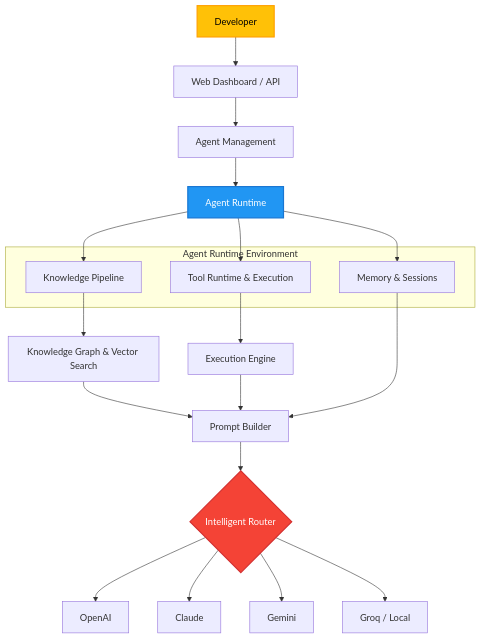
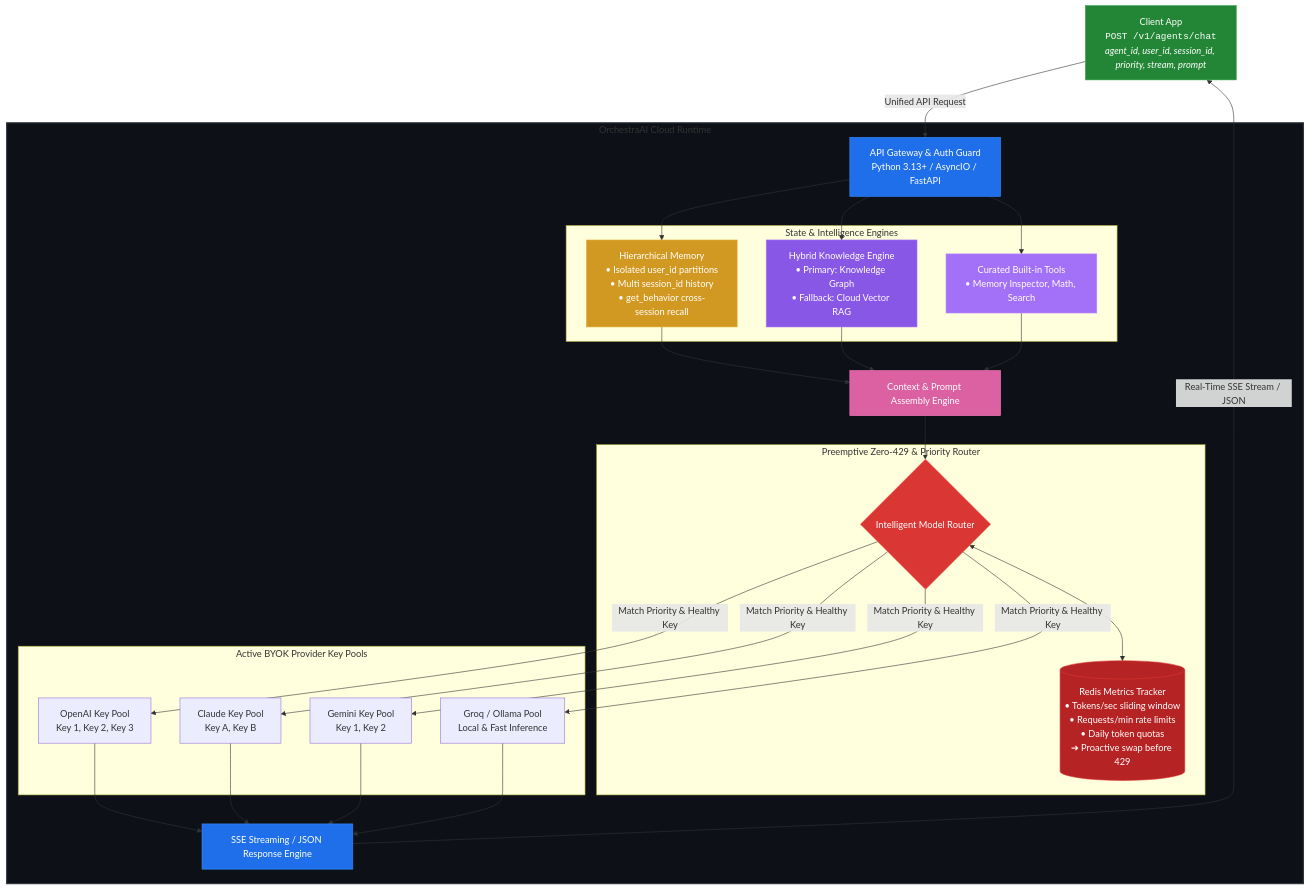
The second of 2 diagrams in README.md (DevOrchestraa/OrchestraAI-Backend), drawn with Mermaid before and after one commit. The commit also changed other lines of this file, not shown here.

Commit message:
project README to define OrchestraAI as a cloud-native Backend-as-a-Service (BaaS) architectural concept (updated)

````diff
--- a/README.md
+++ b/README.md
@@ -67,33 +84,65 @@
 ```mermaid
-graph TD
-    Dev[Developer] --> UI[Web Dashboard / API]
-    UI --> AM[Agent Management]
-    AM --> AR[Agent Runtime]
+flowchart TD
+    Client[Client App<br/><code>POST /v1/agents/chat</code><br/><i>agent_id, user_id, session_id, priority, stream, prompt</i>]
     
-    subgraph Agent Runtime Environment
-        Mem[Memory & Sessions]
-        Know[Knowledge Pipeline]
-        Tool[Tool Runtime & Execution]
+    subgraph Runtime [OrchestraAI Cloud Runtime]
+        GW[API Gateway & Auth Guard<br/>Python 3.13+ / AsyncIO / FastAPI]
+        
+        subgraph StateLayer [State & Intelligence Engines]
+            Mem[Hierarchical Memory<br/>• Isolated user_id partitions<br/>• Multi session_id history<br/>• get_behavior cross-session recall]
+            Know[Hybrid Knowledge Engine<br/>• Primary: Knowledge Graph<br/>• Fallback: Cloud Vector RAG]
+            Tools[Curated Built-in Tools<br/>• Memory Inspector, Math, Search]
+        end
+        
+        PB[Context & Prompt Assembly Engine]
+        
+        subgraph RoutingLayer [Preemptive Zero-429 & Priority Router]
+            Router{Intelligent Model Router}
+            Redis[(Redis Metrics Tracker<br/>• Tokens/sec sliding window<br/>• Requests/min rate limits<br/>• Daily token quotas<br/>➔ Proactive swap before 429)]
+        end
+        
+        subgraph KeyPools [Active BYOK Provider Key Pools]
+            OpenAI[OpenAI Key Pool<br/>Key 1, Key 2, Key 3]
+            Claude[Claude Key Pool<br/>Key A, Key B]
+            Gemini[Gemini Key Pool<br/>Key 1, Key 2]
+            Groq[Groq / Ollama Pool<br/>Local & Fast Inference]
+        end
+        
+        Engine[SSE Streaming / JSON Response Engine]
     end
+
+    Client -->|Unified API Request| GW
+    GW --> Mem
+    GW --> Know
+    GW --> Tools
     
-    AR --> Mem
-    AR --> Know
-    AR --> Tool
+    Mem --> PB
+    Know --> PB
+    Tools --> PB
     
-    Know --> KG[Knowledge Graph & Vector Search]
-    Tool --> EE[Execution Engine]
+    PB --> Router
+    Router <--> Redis
     
-    KG --> PB[Prompt Builder]
-    EE --> PB
-    Mem --> PB
+    Router -->|Match Priority & Healthy Key| OpenAI
+    Router -->|Match Priority & Healthy Key| Claude
+    Router -->|Match Priority & Healthy Key| Gemini
+    Router -->|Match Priority & Healthy Key| Groq
     
-    PB --> IR{Intelligent Router}
-    IR --> OpenAI[OpenAI]
-    IR --> Claude[Claude]
-    IR --> Gemini[Gemini]
-    IR --> Groq[Groq / Local]
+    OpenAI --> Engine
+    Claude --> Engine
+    Gemini --> Engine
+    Groq --> Engine
     
-    style Dev fill:#FFC107,stroke:#FFA000,stroke-width:2px,color:#000
-    style AR fill:#2196F3,stroke:#1976D2,stroke-width:2px,color:#fff
-    style IR fill:#F44336,stroke:#D32F2F,stroke-width:2px,color:#fff
+    Engine -->|Real-Time SSE Stream / JSON| Client
+
+    style Client fill:#238636,stroke:#2ea043,color:#fff
+    style GW fill:#1f6feb,stroke:#388bfd,color:#fff
+    style Mem fill:#d29922,stroke:#e3b341,color:#fff
+    style Know fill:#8957e5,stroke:#a371f7,color:#fff
+    style Tools fill:#a371f7,stroke:#bc8cff,color:#fff
+    style PB fill:#db61a2,stroke:#f778ba,color:#fff
+    style Router fill:#da3633,stroke:#f85149,color:#fff
+    style Redis fill:#b62324,stroke:#da3633,color:#fff
+    style Engine fill:#1f6feb,stroke:#388bfd,color:#fff
+    style Runtime fill:#0d1117,stroke:#30363d,stroke-width:2px
 ```
````
